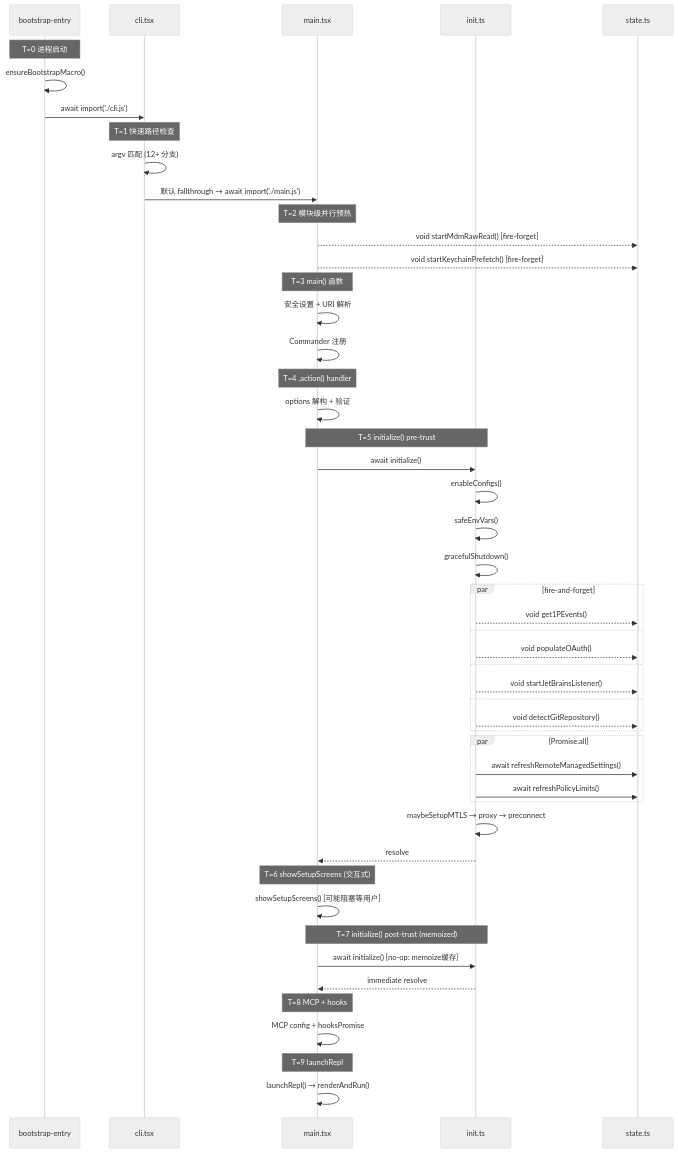
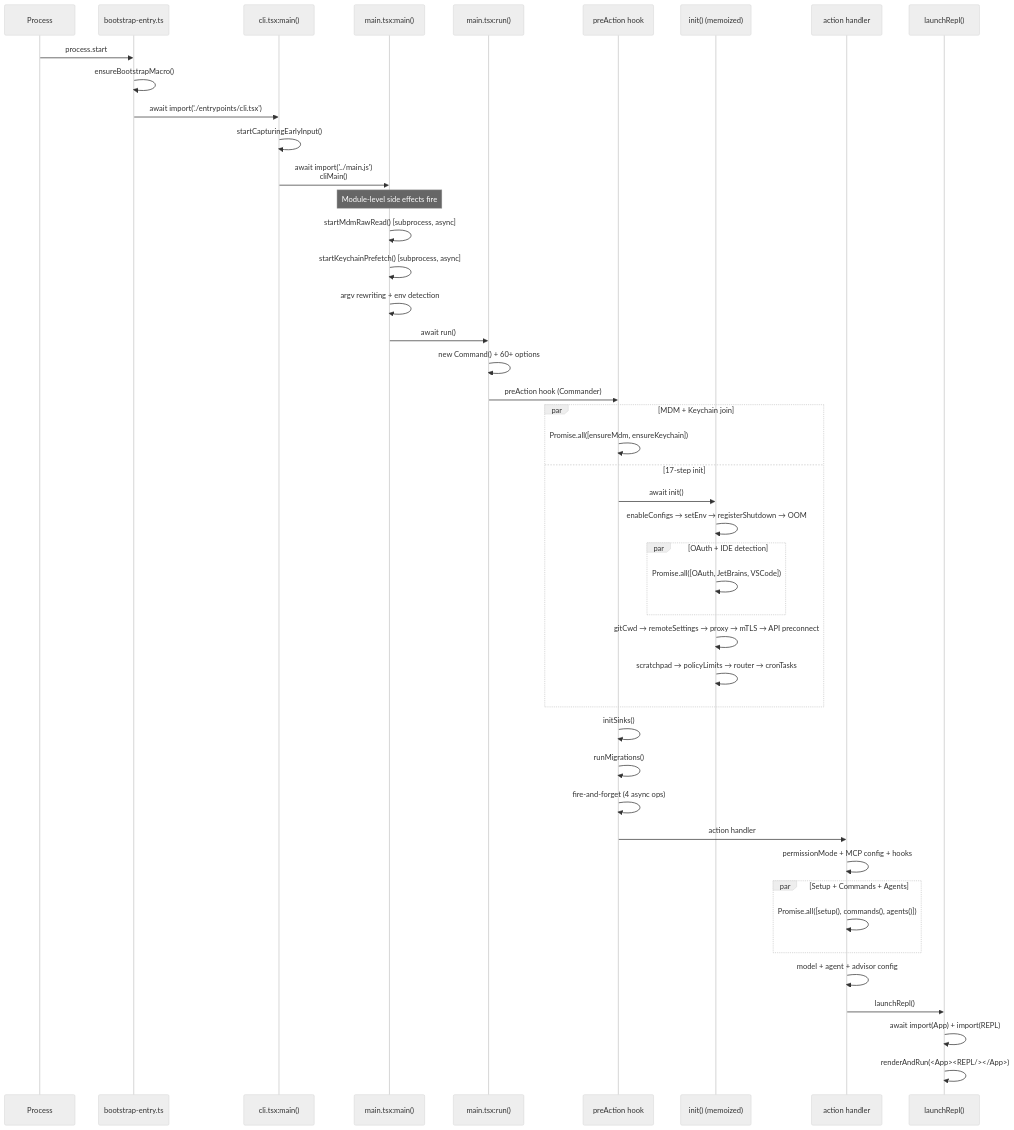
The fifth of 8 diagrams in branches/main/task-analyses/T-01-cli-entry-init.md (LiuYuuChen/clawcode_analysis), drawn with Mermaid (neutral theme) before and after one commit. The commit also changed other lines of this file and 137 other files, not shown here.

````diff
--- a/branches/main/task-analyses/T-01-cli-entry-init.md
+++ b/branches/main/task-analyses/T-01-cli-entry-init.md
@@ -585,61 +747,57 @@
 ```mermaid
 sequenceDiagram
-    participant BE as bootstrap-entry
-    participant CLI as cli.tsx
-    participant MAIN as main.tsx
-    participant INIT as init.ts
-    participant STATE as state.ts
+    participant P as Process
+    participant BE as bootstrap-entry.ts
+    participant CLI as cli.tsx:main()
+    participant MX as main.tsx:main()
+    participant RUN as main.tsx:run()
+    participant PRE as preAction hook
+    participant INIT as init() (memoized)
+    participant ACT as action handler
+    participant REL as launchRepl()
 
-    Note over BE: T=0 进程启动
+    P->>BE: process.start
     BE->>BE: ensureBootstrapMacro()
-    BE->>CLI: await import('./cli.js')
+    BE->>CLI: await import('./entrypoints/cli.tsx')
+    CLI->>CLI: startCapturingEarlyInput()
+    CLI->>MX: await import('../main.js')<br/>cliMain()
     
-    Note over CLI: T=1 快速路径检查
-    CLI->>CLI: argv 匹配 (12+ 分支)
-    CLI->>MAIN: 默认 fallthrough → await import('./main.js')
+    Note over MX: Module-level side effects fire
+    MX->>MX: startMdmRawRead() [subprocess, async]
+    MX->>MX: startKeychainPrefetch() [subprocess, async]
     
-    Note over MAIN: T=2 模块级并行预热
-    MAIN-->>STATE: void startMdmRawRead() [fire-forget]
-    MAIN-->>STATE: void startKeychainPrefetch() [fire-forget]
+    MX->>MX: argv rewriting + env detection
+    MX->>RUN: await run()
     
-    Note over MAIN: T=3 main() 函数
-    MAIN->>MAIN: 安全设置 + URI 解析
-    MAIN->>MAIN: Commander 注册
+    RUN->>RUN: new Command() + 60+ options
+    RUN->>PRE: preAction hook (Commander)
     
-    Note over MAIN: T=4 .action() handler
-    MAIN->>MAIN: options 解构 + 验证
+    par MDM + Keychain join
+        PRE->>PRE: Promise.all([ensureMdm, ensureKeychain])
+    and 17-step init
+        PRE->>INIT: await init()
+        INIT->>INIT: enableConfigs → setEnv → registerShutdown → OOM
+        par OAuth + IDE detection
+            INIT->>INIT: Promise.all([OAuth, JetBrains, VSCode])
+        end
+        INIT->>INIT: gitCwd → remoteSettings → proxy → mTLS → API preconnect
+        INIT->>INIT: scratchpad → policyLimits → router → cronTasks
+    end
     
-    Note over MAIN,INIT: T=5 initialize() pre-trust
-    MAIN->>INIT: await initialize()
-    INIT->>INIT: enableConfigs()
-    INIT->>INIT: safeEnvVars()
-    INIT->>INIT: gracefulShutdown()
-    par fire-and-forget
-        INIT-->>STATE: void get1PEvents()
-    and
-        INIT-->>STATE: void populateOAuth()
-    and
-        INIT-->>STATE: void startJetBrainsListener()
-    and
-        INIT-->>STATE: void detectGitRepository()
+    PRE->>PRE: initSinks()
+    PRE->>PRE: runMigrations()
+    PRE->>PRE: fire-and-forget (4 async ops)
+    
+    PRE->>ACT: action handler
+    
+    ACT->>ACT: permissionMode + MCP config + hooks
+    
+    par Setup + Commands + Agents
+        ACT->>ACT: Promise.all([setup(), commands(), agents()])
     end
-    par Promise.all
-        INIT->>STATE: await refreshRemoteManagedSettings()
-        INIT->>STATE: await refreshPolicyLimits()
-    end
-    INIT->>INIT: maybeSetupMTLS → proxy → preconnect
-    INIT-->>MAIN: resolve
     
-    Note over MAIN: T=6 showSetupScreens (交互式)
-    MAIN->>MAIN: showSetupScreens() [可能阻塞等用户]
-    
-    Note over MAIN,INIT: T=7 initialize() post-trust (memoized)
-    MAIN->>INIT: await initialize() [no-op: memoize缓存]
-    INIT-->>MAIN: immediate resolve
-    
-    Note over MAIN: T=8 MCP + hooks
-    MAIN->>MAIN: MCP config + hooksPromise
-    
-    Note over MAIN: T=9 launchRepl
-    MAIN->>MAIN: launchRepl() → renderAndRun()
+    ACT->>ACT: model + agent + advisor config
+    ACT->>REL: launchRepl()
+    REL->>REL: await import(App) + import(REPL)
+    REL->>REL: renderAndRun(<App><REPL/></App>)
 ```
````
